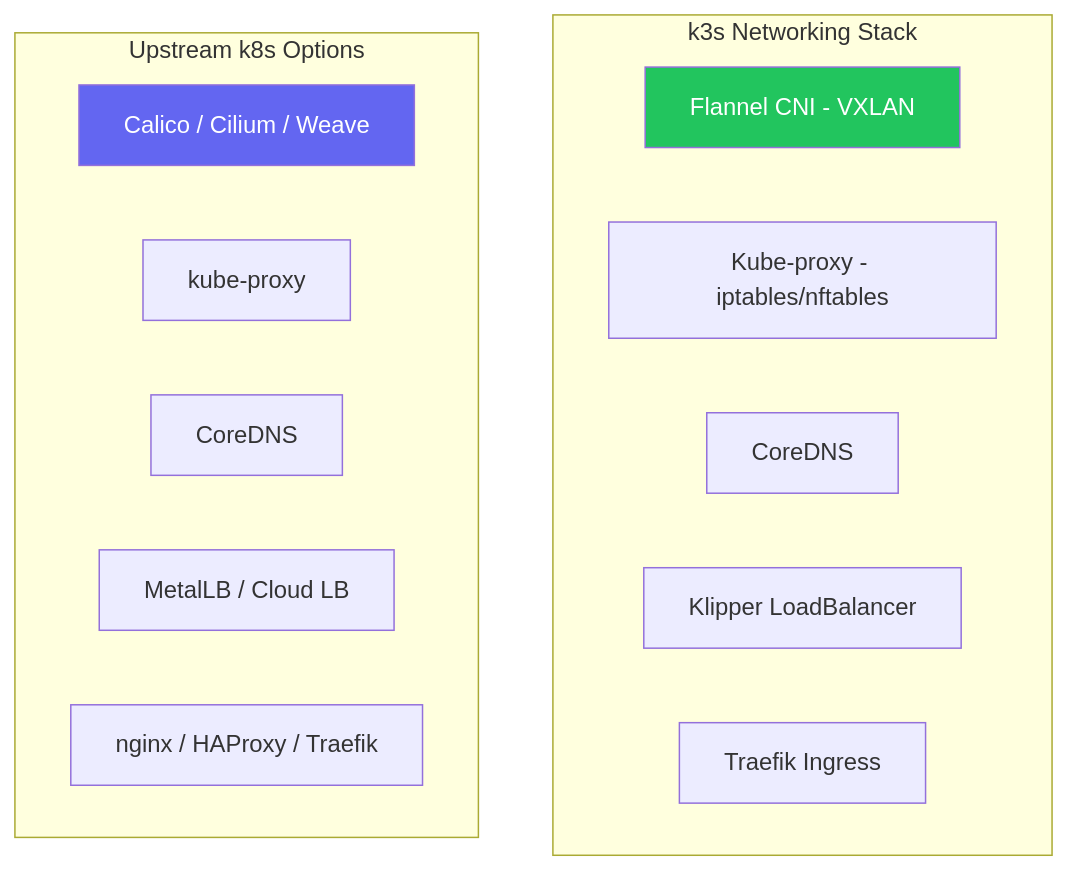
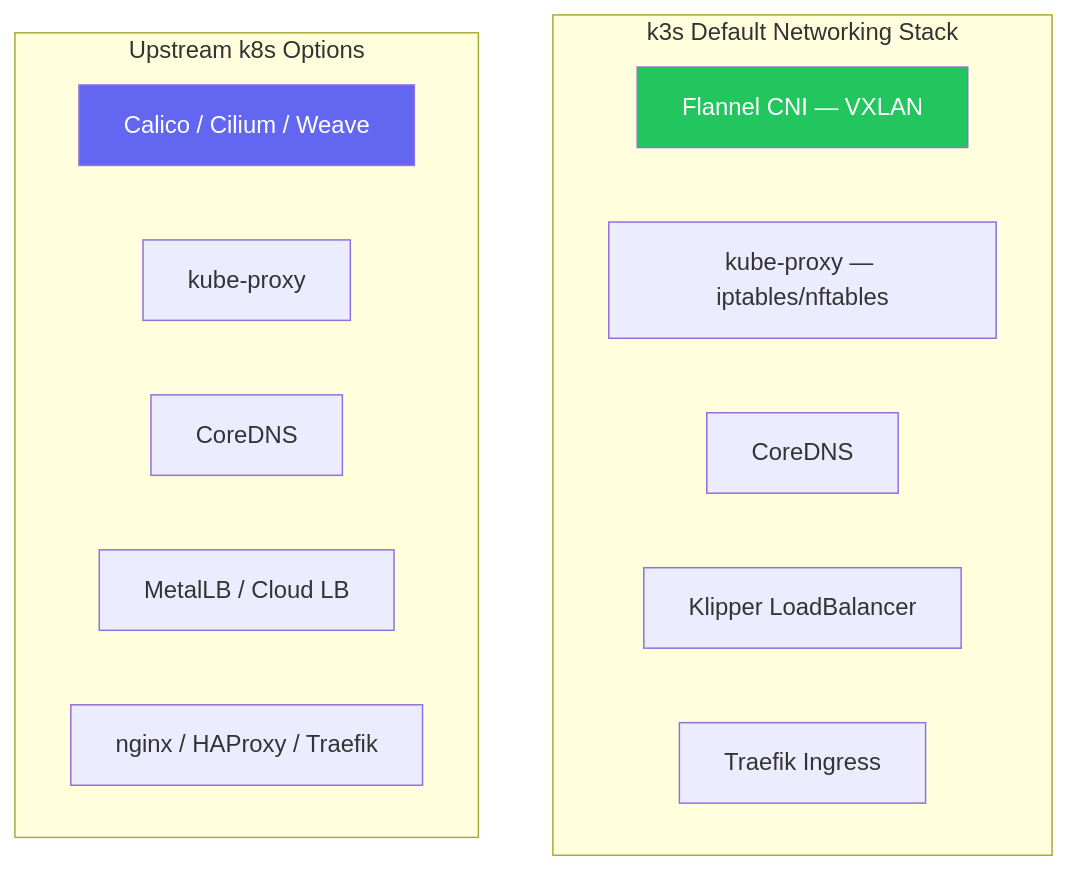
One commit to UncleJS/course_k3s changed the fourth of 5 diagrams in 01_introduction/02_k3s_vs_k8s.md. Above: the diagram before and after it, drawn with Mermaid. The commit also changed other lines of this file and 45 other files, not shown here.

First line of the commit message:
Expand all course lessons: Mermaid diagrams + rich prose across 43 files

````diff
--- a/01_introduction/02_k3s_vs_k8s.md
+++ b/01_introduction/02_k3s_vs_k8s.md
@@ -206,19 +324,19 @@
 ```mermaid
 graph TD
-    subgraph "k3s Networking Stack"
-        F[Flannel CNI - VXLAN]
-        KP[Kube-proxy - iptables/nftables]
-        CD[CoreDNS]
-        KL[Klipper LoadBalancer]
-        TR[Traefik Ingress]
+    subgraph "k3s Default Networking Stack"
+        F["Flannel CNI — VXLAN"]
+        KP["kube-proxy — iptables/nftables"]
+        CD["CoreDNS"]
+        KL["Klipper LoadBalancer"]
+        TR["Traefik Ingress"]
     end
     subgraph "Upstream k8s Options"
-        C[Calico / Cilium / Weave]
-        KP2[kube-proxy]
-        CD2[CoreDNS]
-        M[MetalLB / Cloud LB]
-        N[nginx / HAProxy / Traefik]
+        C["Calico / Cilium / Weave"]
+        KP2["kube-proxy"]
+        CD2["CoreDNS"]
+        M["MetalLB / Cloud LB"]
+        N["nginx / HAProxy / Traefik"]
     end
     style F fill:#22c55e,color:#fff
     style C fill:#6366f1,color:#fff
 ```
````
